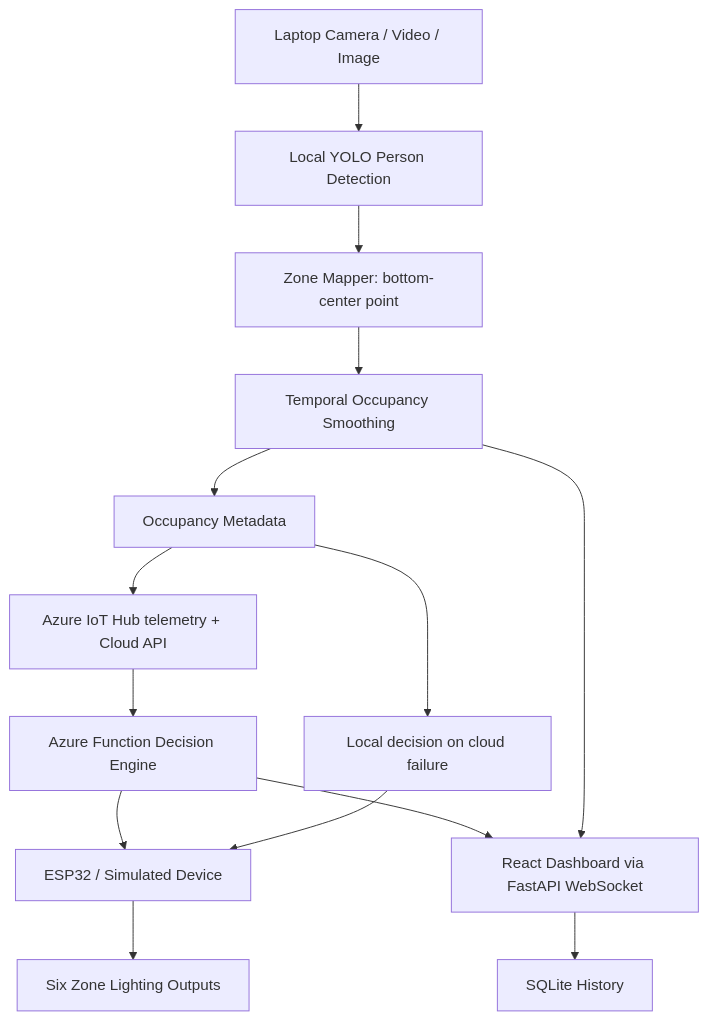
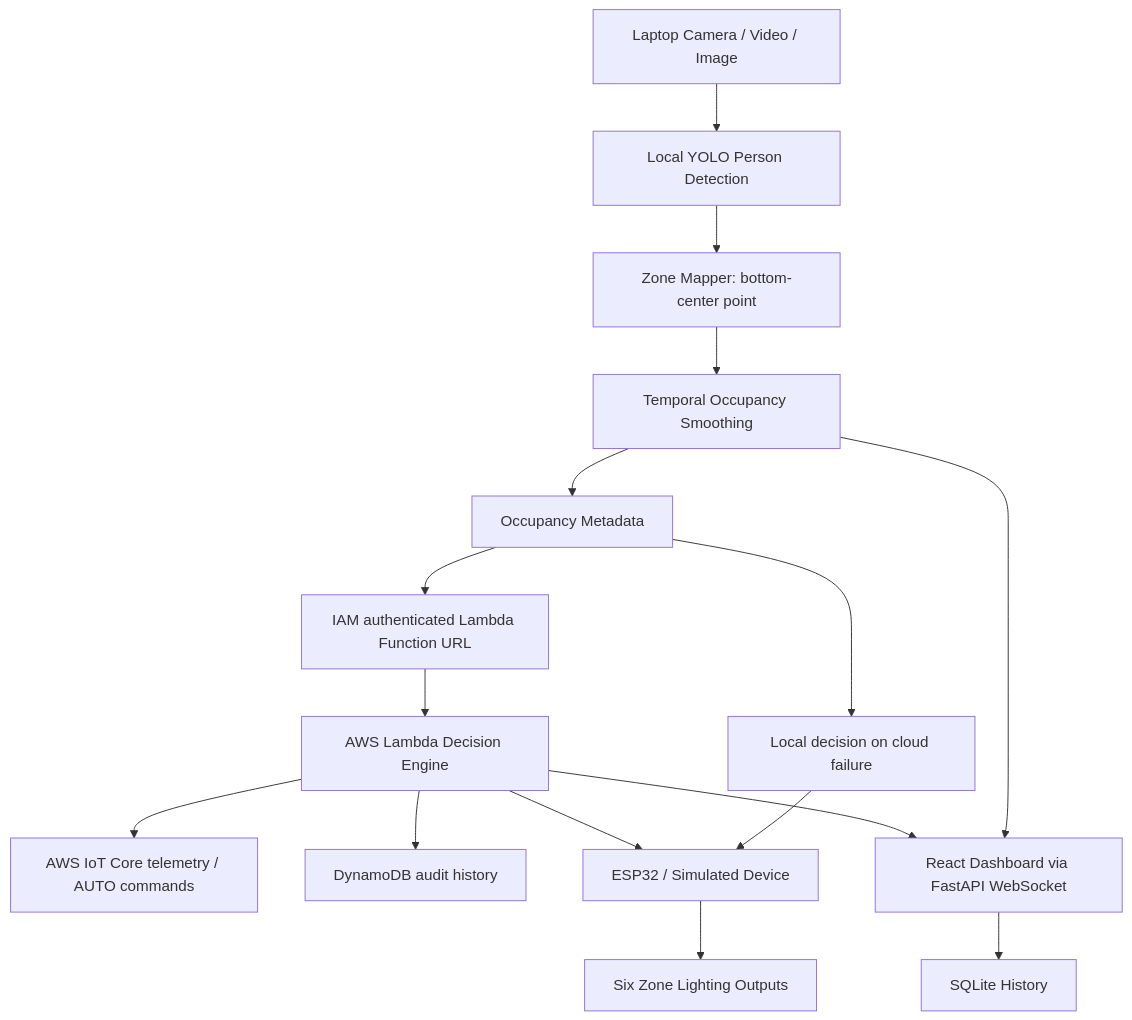
The diagram in docs/architecture.md (Triumphant-24k/Cloud-Based-Clasroom-Lighting), drawn with Mermaid before and after one commit. The commit also changed other lines of this file and 21 other files, not shown here.

````diff
--- a/docs/architecture.md
+++ b/docs/architecture.md
@@ -3,16 +3,18 @@
 ```mermaid
 flowchart TD
  Camera[Laptop Camera / Video / Image] --> YOLO[Local YOLO Person Detection]
  YOLO --> Mapper[Zone Mapper: bottom-center point]
  Mapper --> Smooth[Temporal Occupancy Smoothing]
  Smooth --> Metadata[Occupancy Metadata]
- Metadata --> Cloud[Azure IoT Hub telemetry + Cloud API]
- Cloud --> Decision[Azure Function Decision Engine]
+ Metadata --> Cloud[IAM authenticated Lambda Function URL]
+ Cloud --> Decision[AWS Lambda Decision Engine]
+ Decision --> IoT[AWS IoT Core telemetry / AUTO commands]
+ Decision --> History[DynamoDB audit history]
  Decision --> ESP32[ESP32 / Simulated Device]
  ESP32 --> Lights[Six Zone Lighting Outputs]
  Metadata --> Fallback[Local decision on cloud failure]
  Fallback --> ESP32
  Decision --> Dashboard[React Dashboard via FastAPI WebSocket]
  Smooth --> Dashboard
  Dashboard --> SQLite[SQLite History]
 ```
````
